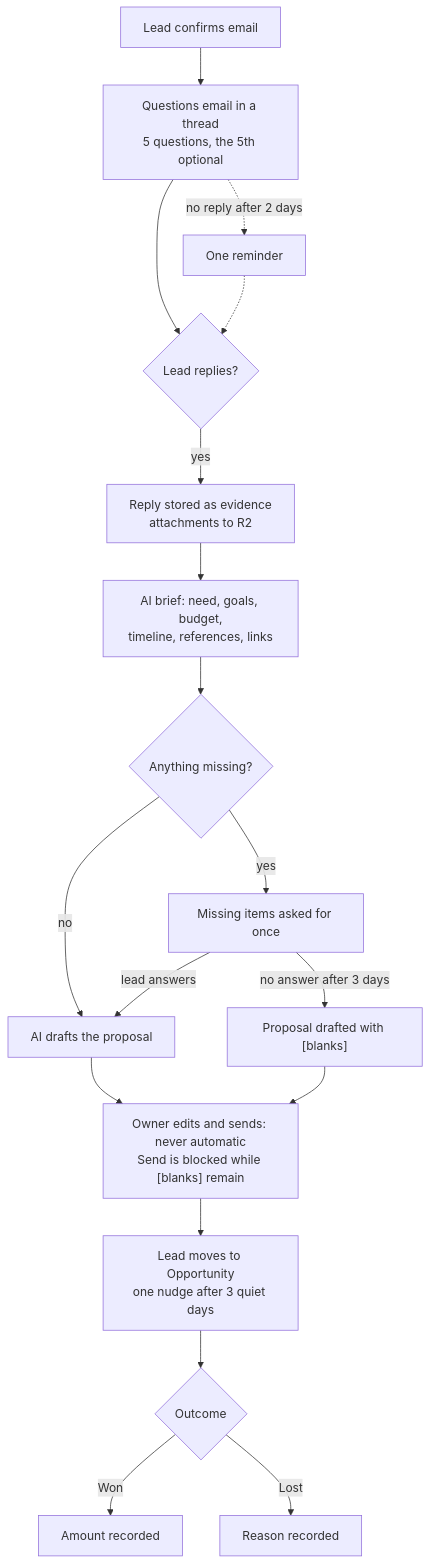
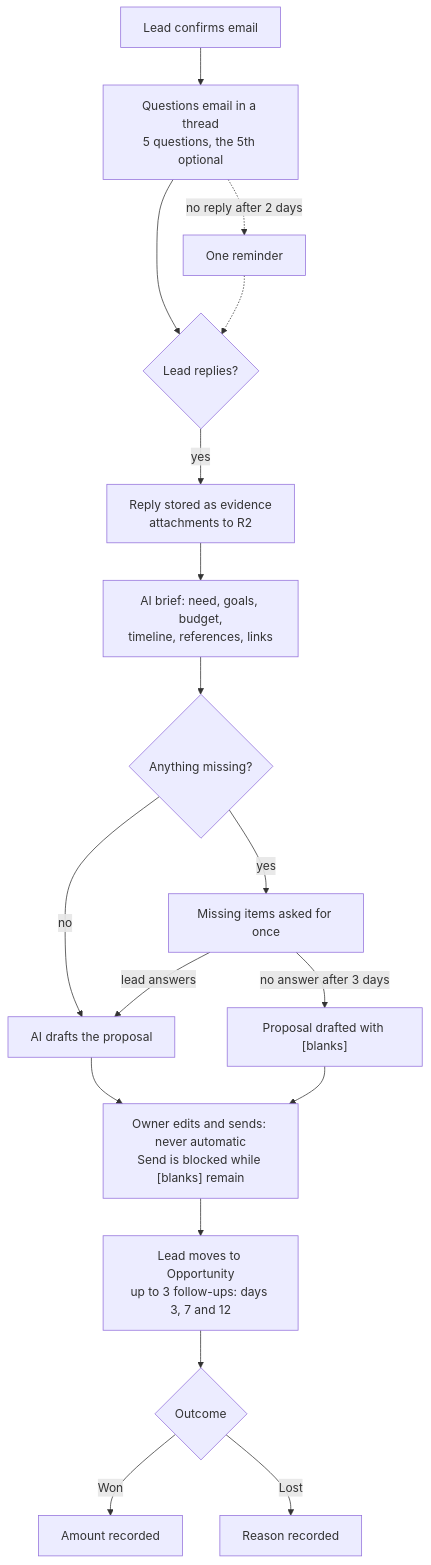
One commit to jared0565/Bytes-Web changed the third of 3 diagrams in docs/knowledge-base.md. Above: the diagram before and after it, drawn with Mermaid. The commit also changed other lines of this file and 9 other files, not shown here.

First line of the commit message:
Sales: framework campaigns, Proof and offers, three follow-ups (#83)

````diff
--- a/docs/knowledge-base.md
+++ b/docs/knowledge-base.md
@@ -519,20 +519,20 @@
 ```mermaid
 flowchart TD
   confirm["Lead confirms email"] --> q["Questions email in a thread<br/>5 questions, the 5th optional"]
   q -. "no reply after 2 days" .-> remind["One reminder"]
   q --> replied{"Lead replies?"}
   remind -.-> replied
   replied -- yes --> store["Reply stored as evidence<br/>attachments to R2"]
   store --> brief["AI brief: need, goals, budget,<br/>timeline, references, links"]
   brief --> missing{"Anything missing?"}
   missing -- no --> draft["AI drafts the proposal"]
   missing -- yes --> ask["Missing items asked for once"]
   ask -- "lead answers" --> draft
   ask -- "no answer after 3 days" --> blanks["Proposal drafted with [blanks]"]
   draft --> owner["Owner edits and sends: never automatic<br/>Send is blocked while [blanks] remain"]
   blanks --> owner
-  owner --> opp["Lead moves to Opportunity<br/>one nudge after 3 quiet days"]
+  owner --> opp["Lead moves to Opportunity<br/>up to 3 follow-ups: days 3, 7 and 12"]
   opp --> outcome{"Outcome"}
   outcome -- Won --> won["Amount recorded"]
   outcome -- Lost --> lost["Reason recorded"]
 ```
````
